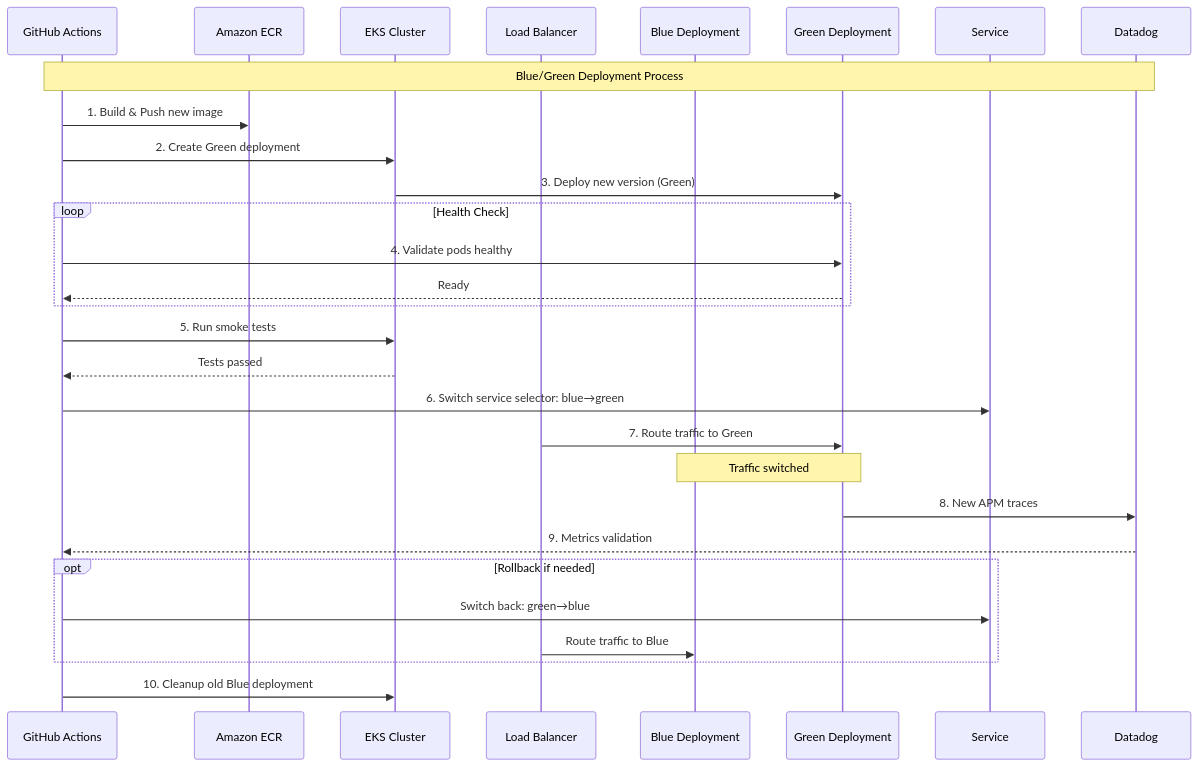
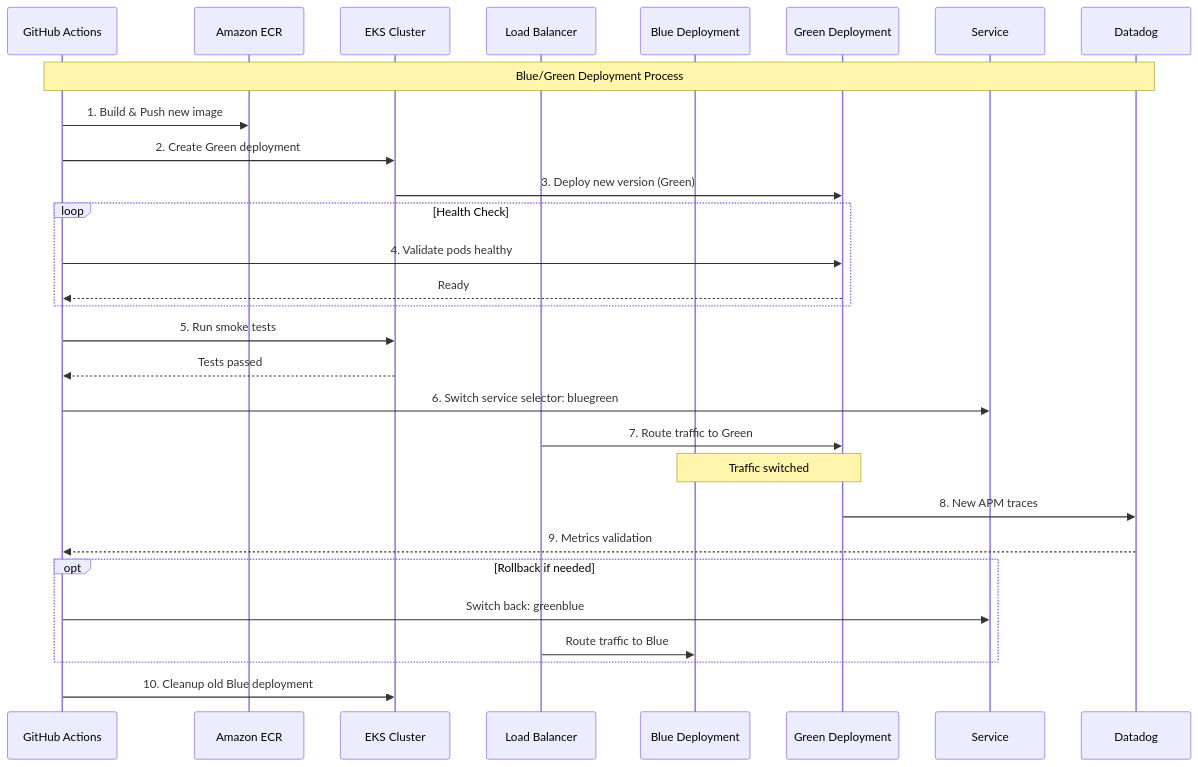
The second of 6 diagrams in docs/producao/arquitetura-diagramas-mermaid.md (peddepri/case), drawn with Mermaid before and after one commit. The commit also changed other lines of this file and 100 other files, not shown here.

````diff
--- a/docs/producao/arquitetura-diagramas-mermaid.md
+++ b/docs/producao/arquitetura-diagramas-mermaid.md
@@ -136,40 +136,40 @@
 ```mermaid
 sequenceDiagram
     participant GH as GitHub Actions
     participant ECR as Amazon ECR
     participant K8S as EKS Cluster
     participant ALB as Load Balancer
     participant BLUE as Blue Deployment
     participant GREEN as Green Deployment
     participant SVC as Service
     participant DD as Datadog
     
     Note over GH,DD: Blue/Green Deployment Process
     
     GH->>ECR: 1. Build & Push new image
     GH->>K8S: 2. Create Green deployment
     K8S->>GREEN: 3. Deploy new version (Green)
     
     loop Health Check
         GH->>GREEN: 4. Validate pods healthy
         GREEN-->>GH: Ready
     end
     
     GH->>K8S: 5. Run smoke tests
     K8S-->>GH: Tests passed
     
-    GH->>SVC: 6. Switch service selector: blue→green
+    GH->>SVC: 6. Switch service selector: bluegreen
     ALB->>GREEN: 7. Route traffic to Green
     
     Note over BLUE,GREEN: Traffic switched
     
     GREEN->>DD: 8. New APM traces
     DD-->>GH: 9. Metrics validation
     
     opt Rollback if needed
-        GH->>SVC: Switch back: green→blue
+        GH->>SVC: Switch back: greenblue
         ALB->>BLUE: Route traffic to Blue
     end
     
     GH->>K8S: 10. Cleanup old Blue deployment
 ```
````
